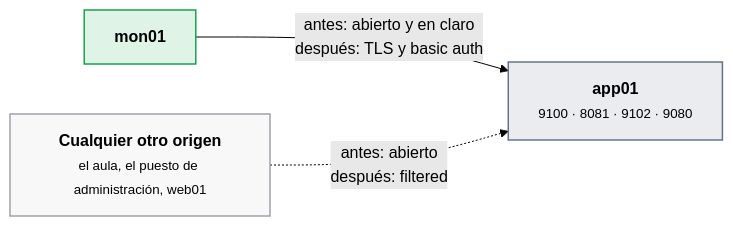
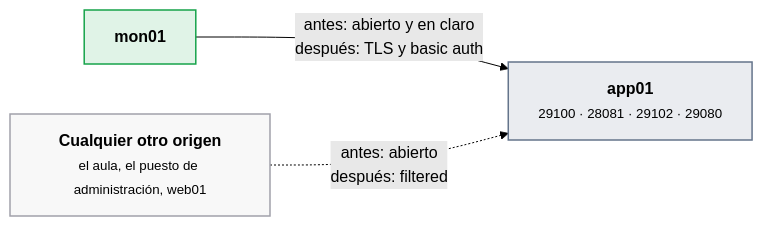
Before and after one commit to victor-educ/apuntes-5169: the second of 5 diagrams in docs/ut/ut3-seguridad-monitorizacion.md, drawn with Mermaid (forest theme). The commit also changed other lines of this file and 13 other files, not shown here.

````diff
--- a/docs/ut/ut3-seguridad-monitorizacion.md
+++ b/docs/ut/ut3-seguridad-monitorizacion.md
@@ -205,14 +205,14 @@
 ```mermaid
 flowchart LR
     O["<b>Cualquier otro origen</b><br><small>el aula, el puesto de administración, web01</small>"]:::infra
     M["<b>mon01</b>"]:::ok
-    A["<b>app01</b><br><small>9100 · 8081 · 9102 · 9080</small>"]:::pieza
+    A["<b>app01</b><br><small>29100 · 28081 · 29102 · 29080</small>"]:::pieza
     M -->|"antes: abierto y en claro<br>después: TLS y basic auth"| A
     O -.->|"antes: abierto<br>después: filtered"| A
     classDef act fill:#ea580c22,stroke:#ea580c,stroke-width:1.5px
     classDef pieza fill:#64748b22,stroke:#64748b,stroke-width:1.5px
     classDef dato fill:#2563eb22,stroke:#2563eb,stroke-width:1.5px
     classDef infra fill:#a1a1aa14,stroke:#a1a1aa,stroke-width:1.5px
     classDef ok fill:#16a34a22,stroke:#16a34a,stroke-width:1.5px
     classDef riesgo fill:#dc262622,stroke:#dc2626,stroke-width:1.5px
 ```
````
